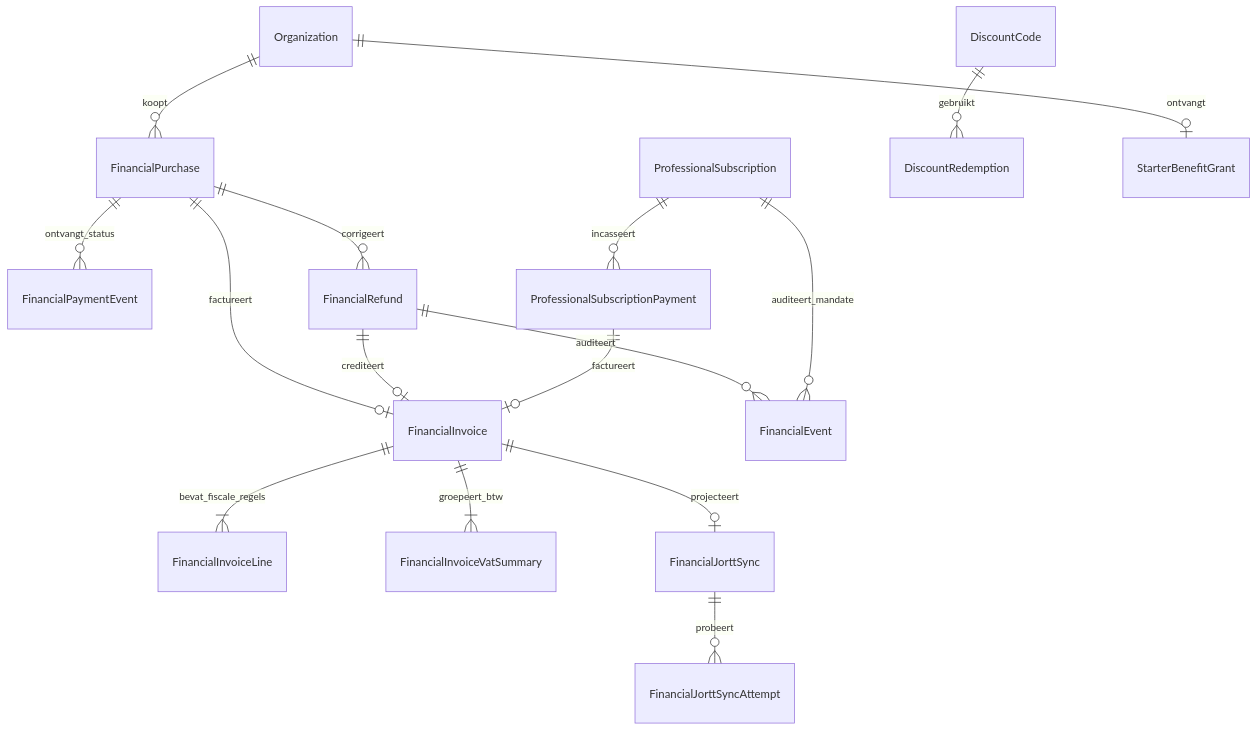
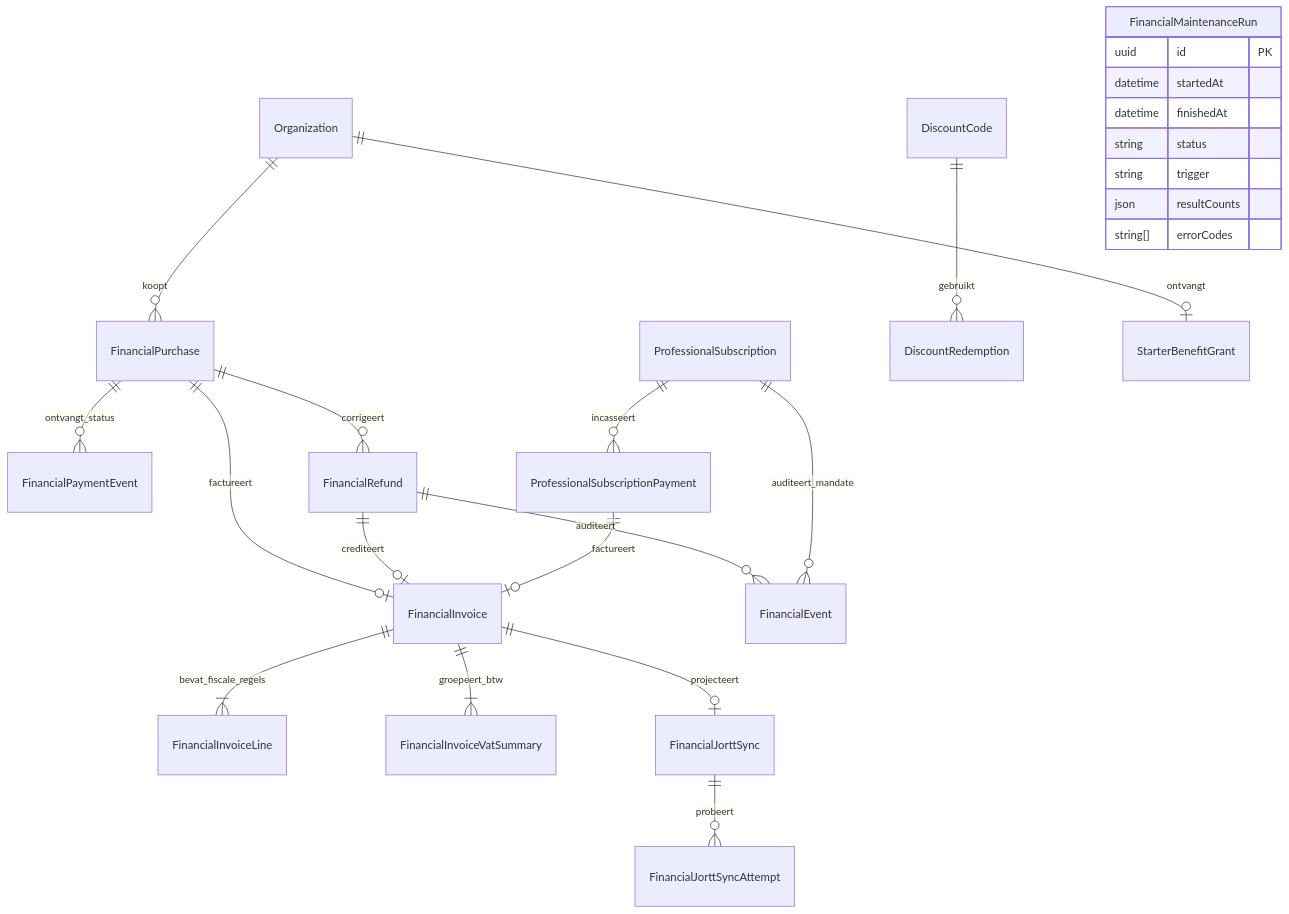
Before and after one commit to WorkMatchr/platform: diagram 17 of 18 in docs/ERD.md, drawn with Mermaid. The commit also changed 16 other files, not shown here.

````diff
--- a/docs/ERD.md
+++ b/docs/ERD.md
@@ -645,18 +645,27 @@
 ```mermaid
 erDiagram
   Organization ||--o{ FinancialPurchase : koopt
   FinancialPurchase ||--o{ FinancialPaymentEvent : ontvangt_status
   FinancialPurchase ||--o| FinancialInvoice : factureert
   FinancialInvoice ||--|{ FinancialInvoiceLine : bevat_fiscale_regels
   FinancialInvoice ||--|{ FinancialInvoiceVatSummary : groepeert_btw
   FinancialPurchase ||--o{ FinancialRefund : corrigeert
   FinancialRefund ||--o| FinancialInvoice : crediteert
   FinancialRefund ||--o{ FinancialEvent : auditeert
   ProfessionalSubscription ||--o{ FinancialEvent : auditeert_mandate
   ProfessionalSubscription ||--o{ ProfessionalSubscriptionPayment : incasseert
   ProfessionalSubscriptionPayment ||--o| FinancialInvoice : factureert
   FinancialInvoice ||--o| FinancialJorttSync : projecteert
   FinancialJorttSync ||--o{ FinancialJorttSyncAttempt : probeert
   DiscountCode ||--o{ DiscountRedemption : gebruikt
   Organization ||--o| StarterBenefitGrant : ontvangt
+  FinancialMaintenanceRun {
+    uuid id PK
+    datetime startedAt
+    datetime finishedAt
+    string status
+    string trigger
+    json resultCounts
+    string[] errorCodes
+  }
 ```
````
